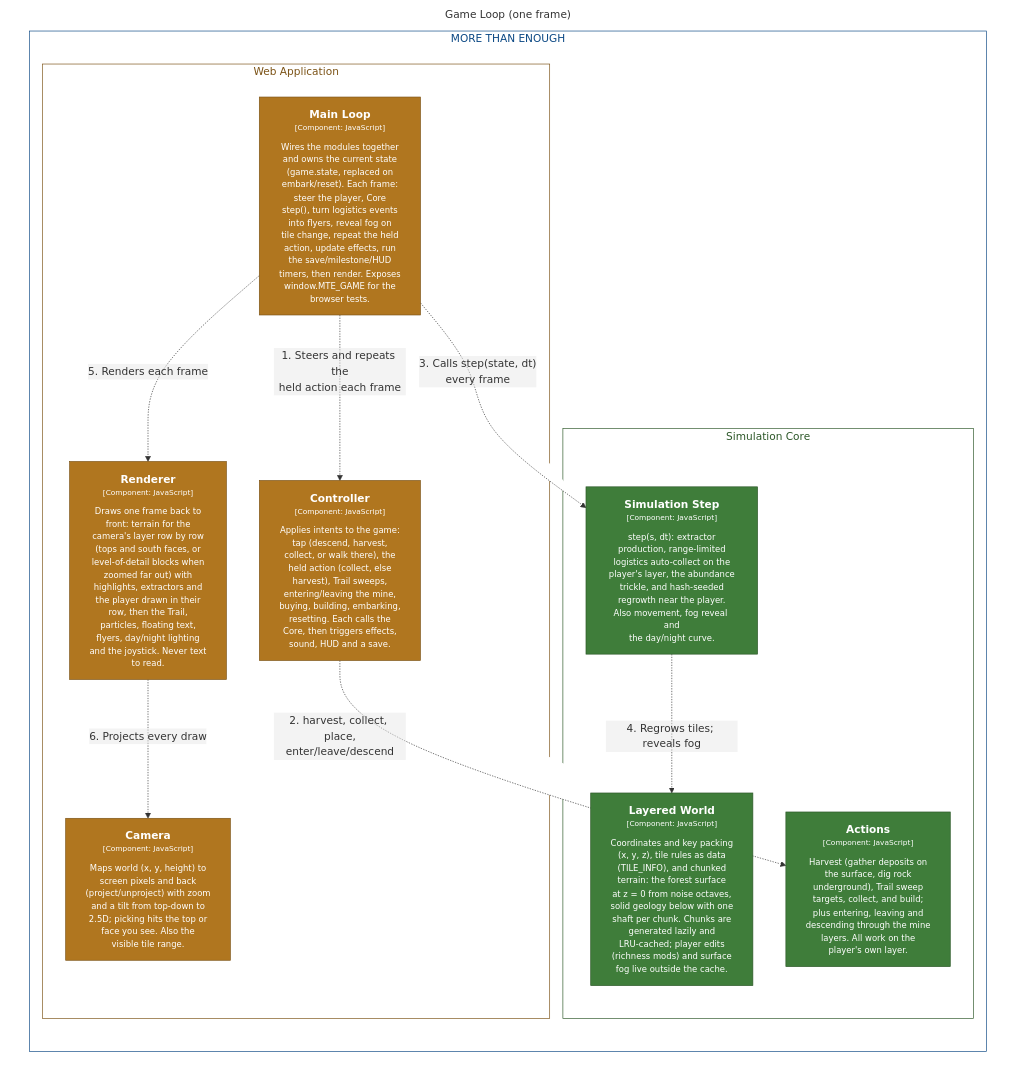
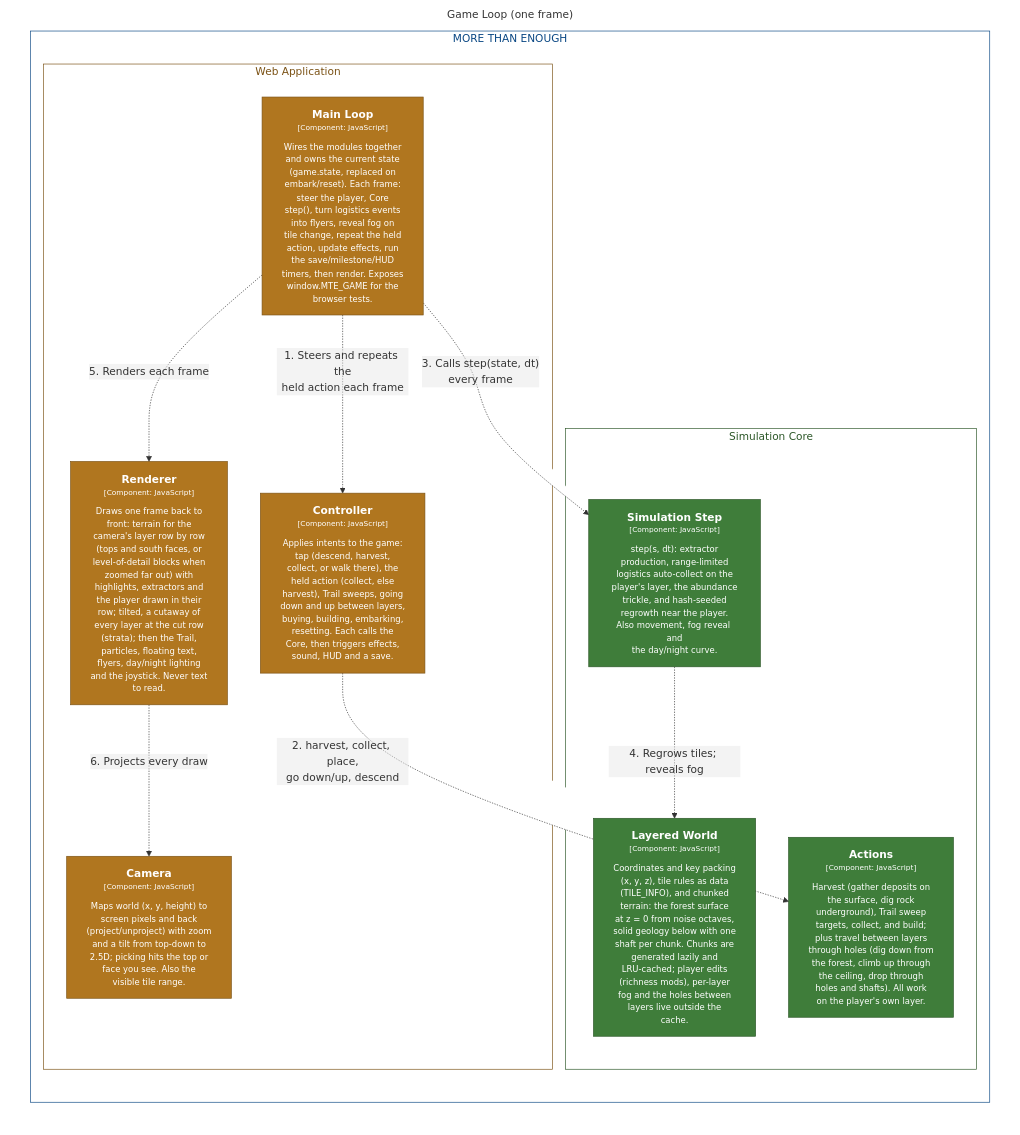
Before and after one commit to bitkojine/more-than-enough: the diagram in structurizr/diagrams/GameLoop.mmd, drawn with Mermaid. The commit also changed 34 other files, not shown here.

First line of the commit message:
v0.22.0: holes between layers, mine fog, layer cutaway

```diff
--- a/structurizr/diagrams/GameLoop.mmd
+++ b/structurizr/diagrams/GameLoop.mmd
@@ -1,44 +1,44 @@
 %% Generated from structurizr/workspace.dsl — do not edit; run: node structurizr/scripts/structurizr.mjs mermaid
 graph LR
   linkStyle default fill:#ffffff
 
   subgraph diagram ["Game Loop (one frame)"]
     style diagram fill:#ffffff,stroke:#ffffff
 
     subgraph 3 ["MORE THAN ENOUGH"]
       style 3 fill:#ffffff,stroke:#0b4884,color:#0b4884
 
       subgraph 15 ["Simulation Core"]
         style 15 fill:#ffffff,stroke:#2c5728,color:#2c5728
 
-        16["<div style='font-weight: bold'>Layered World</div><div style='font-size: 70%; margin-top: 0px'>[Component: JavaScript]</div><div style='font-size: 80%; margin-top:10px'>Coordinates and key packing<br />(x, y, z), tile rules as data<br />(TILE_INFO), and chunked<br />terrain: the forest surface<br />at z = 0 from noise octaves,<br />solid geology below with one<br />shaft per chunk. Chunks are<br />generated lazily and<br />LRU-cached; player edits<br />(richness mods) and surface<br />fog live outside the cache.</div>"]
+        16["<div style='font-weight: bold'>Layered World</div><div style='font-size: 70%; margin-top: 0px'>[Component: JavaScript]</div><div style='font-size: 80%; margin-top:10px'>Coordinates and key packing<br />(x, y, z), tile rules as data<br />(TILE_INFO), and chunked<br />terrain: the forest surface<br />at z = 0 from noise octaves,<br />solid geology below with one<br />shaft per chunk. Chunks are<br />generated lazily and<br />LRU-cached; player edits<br />(richness mods), per-layer<br />fog and the holes between<br />layers live outside the<br />cache.</div>"]
         style 16 fill:#3f7d3a,stroke:#2c5728,color:#ffffff
         18["<div style='font-weight: bold'>Simulation Step</div><div style='font-size: 70%; margin-top: 0px'>[Component: JavaScript]</div><div style='font-size: 80%; margin-top:10px'>step(s, dt): extractor<br />production, range-limited<br />logistics auto-collect on the<br />player's layer, the abundance<br />trickle, and hash-seeded<br />regrowth near the player.<br />Also movement, fog reveal and<br />the day/night curve.</div>"]
         style 18 fill:#3f7d3a,stroke:#2c5728,color:#ffffff
-        19["<div style='font-weight: bold'>Actions</div><div style='font-size: 70%; margin-top: 0px'>[Component: JavaScript]</div><div style='font-size: 80%; margin-top:10px'>Harvest (gather deposits on<br />the surface, dig rock<br />underground), Trail sweep<br />targets, collect, and build;<br />plus entering, leaving and<br />descending through the mine<br />layers. All work on the<br />player's own layer.</div>"]
+        19["<div style='font-weight: bold'>Actions</div><div style='font-size: 70%; margin-top: 0px'>[Component: JavaScript]</div><div style='font-size: 80%; margin-top:10px'>Harvest (gather deposits on<br />the surface, dig rock<br />underground), Trail sweep<br />targets, collect, and build;<br />plus travel between layers<br />through holes (dig down from<br />the forest, climb up through<br />the ceiling, drop through<br />holes and shafts). All work<br />on the player's own layer.</div>"]
         style 19 fill:#3f7d3a,stroke:#2c5728,color:#ffffff
       end
 
       subgraph 4 ["Web Application"]
         style 4 fill:#ffffff,stroke:#7b5215,color:#7b5215
 
         5["<div style='font-weight: bold'>Main Loop</div><div style='font-size: 70%; margin-top: 0px'>[Component: JavaScript]</div><div style='font-size: 80%; margin-top:10px'>Wires the modules together<br />and owns the current state<br />(game.state, replaced on<br />embark/reset). Each frame:<br />steer the player, Core<br />step(), turn logistics events<br />into flyers, reveal fog on<br />tile change, repeat the held<br />action, update effects, run<br />the save/milestone/HUD<br />timers, then render. Exposes<br />window.MTE_GAME for the<br />browser tests.</div>"]
         style 5 fill:#b0761f,stroke:#7b5215,color:#ffffff
-        7["<div style='font-weight: bold'>Controller</div><div style='font-size: 70%; margin-top: 0px'>[Component: JavaScript]</div><div style='font-size: 80%; margin-top:10px'>Applies intents to the game:<br />tap (descend, harvest,<br />collect, or walk there), the<br />held action (collect, else<br />harvest), Trail sweeps,<br />entering/leaving the mine,<br />buying, building, embarking,<br />resetting. Each calls the<br />Core, then triggers effects,<br />sound, HUD and a save.</div>"]
+        7["<div style='font-weight: bold'>Controller</div><div style='font-size: 70%; margin-top: 0px'>[Component: JavaScript]</div><div style='font-size: 80%; margin-top:10px'>Applies intents to the game:<br />tap (descend, harvest,<br />collect, or walk there), the<br />held action (collect, else<br />harvest), Trail sweeps, going<br />down and up between layers,<br />buying, building, embarking,<br />resetting. Each calls the<br />Core, then triggers effects,<br />sound, HUD and a save.</div>"]
         style 7 fill:#b0761f,stroke:#7b5215,color:#ffffff
         8["<div style='font-weight: bold'>Camera</div><div style='font-size: 70%; margin-top: 0px'>[Component: JavaScript]</div><div style='font-size: 80%; margin-top:10px'>Maps world (x, y, height) to<br />screen pixels and back<br />(project/unproject) with zoom<br />and a tilt from top-down to<br />2.5D; picking hits the top or<br />face you see. Also the<br />visible tile range.</div>"]
         style 8 fill:#b0761f,stroke:#7b5215,color:#ffffff
-        9["<div style='font-weight: bold'>Renderer</div><div style='font-size: 70%; margin-top: 0px'>[Component: JavaScript]</div><div style='font-size: 80%; margin-top:10px'>Draws one frame back to<br />front: terrain for the<br />camera's layer row by row<br />(tops and south faces, or<br />level-of-detail blocks when<br />zoomed far out) with<br />highlights, extractors and<br />the player drawn in their<br />row, then the Trail,<br />particles, floating text,<br />flyers, day/night lighting<br />and the joystick. Never text<br />to read.</div>"]
+        9["<div style='font-weight: bold'>Renderer</div><div style='font-size: 70%; margin-top: 0px'>[Component: JavaScript]</div><div style='font-size: 80%; margin-top:10px'>Draws one frame back to<br />front: terrain for the<br />camera's layer row by row<br />(tops and south faces, or<br />level-of-detail blocks when<br />zoomed far out) with<br />highlights, extractors and<br />the player drawn in their<br />row; tilted, a cutaway of<br />every layer at the cut row<br />(strata); then the Trail,<br />particles, floating text,<br />flyers, day/night lighting<br />and the joystick. Never text<br />to read.</div>"]
         style 9 fill:#b0761f,stroke:#7b5215,color:#ffffff
       end
 
     end
 
     5-. "<div>1. Steers and repeats the<br />held action each frame</div><div style='font-size: 70%'></div>" .->7
-    7-. "<div>2. harvest, collect, place,<br />enter/leave/descend</div><div style='font-size: 70%'></div>" .->19
+    7-. "<div>2. harvest, collect, place,<br />go down/up, descend</div><div style='font-size: 70%'></div>" .->19
     5-. "<div>3. Calls step(state, dt)<br />every frame</div><div style='font-size: 70%'></div>" .->18
     18-. "<div>4. Regrows tiles; reveals fog</div><div style='font-size: 70%'></div>" .->16
     5-. "<div>5. Renders each frame</div><div style='font-size: 70%'></div>" .->9
     9-. "<div>6. Projects every draw</div><div style='font-size: 70%'></div>" .->8
 
   end
```
